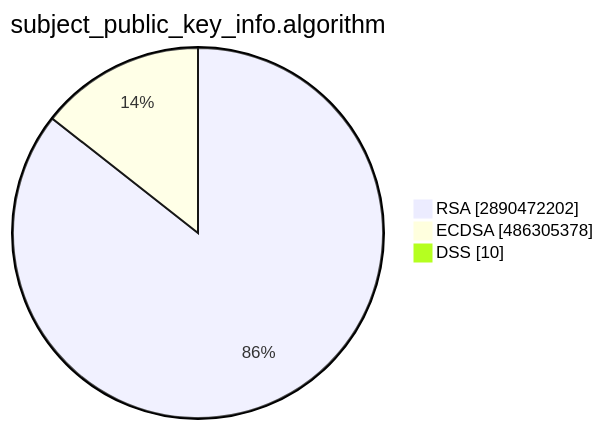
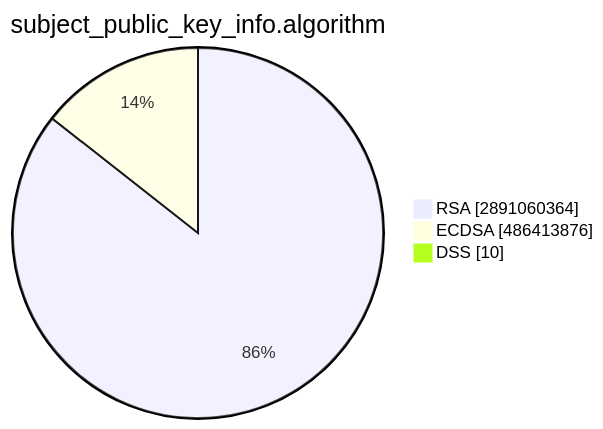
The second of 15 diagrams in TOTAL/README.md (christiankrug/ctmonitor_visualization), drawn with Mermaid before and after one commit. The commit also changed other lines of this file, not shown here.

````diff
--- a/TOTAL/README.md
+++ b/TOTAL/README.md
@@ -6,7 +6,7 @@
 ```mermaid
 pie showData
 title subject_public_key_info.algorithm
-"RSA" :2890472202
-"ECDSA" :486305378
+"RSA" :2891060364
+"ECDSA" :486413876
 "DSS" :10
 ```
````
